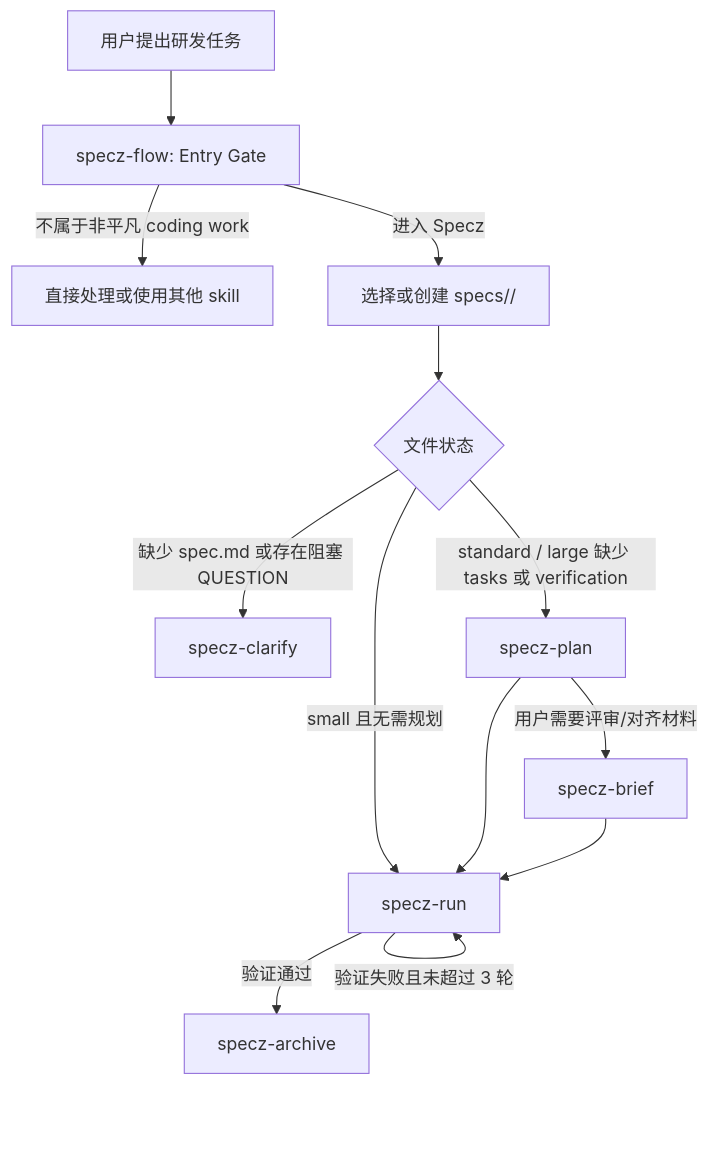
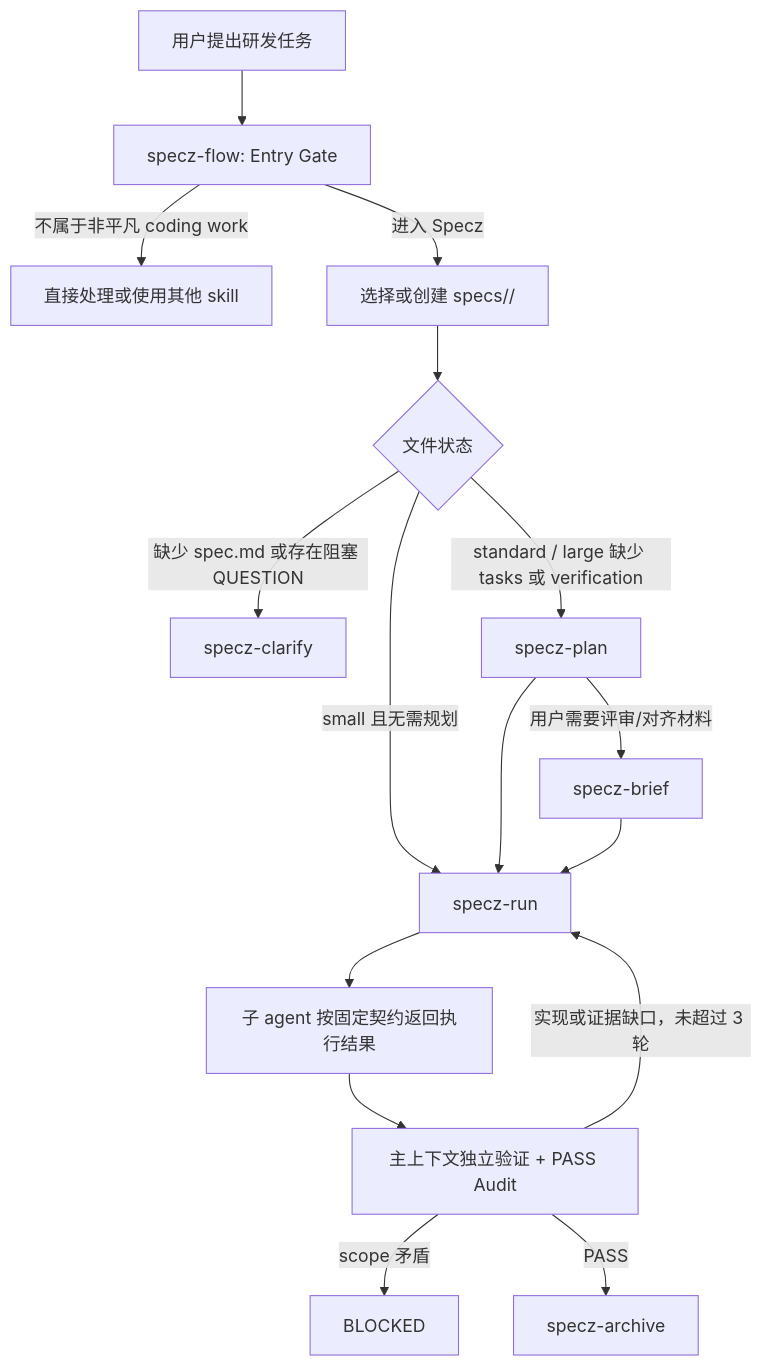
The third of 3 diagrams in specz/TECH-SHARE.md (Y2138/zz-agent-plugins), drawn with Mermaid before and after one commit. The commit also changed other lines of this file and 14 other files, not shown here.

````diff
--- a/specz/TECH-SHARE.md
+++ b/specz/TECH-SHARE.md
@@ -173,15 +130,18 @@
 ```mermaid
 flowchart TD
     A["用户提出研发任务"] --> B["specz-flow: Entry Gate"]
     B -->|不属于非平凡 coding work| C["直接处理或使用其他 skill"]
     B -->|进入 Specz| D["选择或创建 specs/<bundle>/"]
     D --> E{"文件状态"}
     E -->|缺少 spec.md 或存在阻塞 QUESTION| F["specz-clarify"]
     E -->|small 且无需规划| H["specz-run"]
     E -->|standard / large 缺少 tasks 或 verification| G["specz-plan"]
     G -->|用户需要评审/对齐材料| I["specz-brief"]
     G --> H
     I --> H
-    H -->|验证失败且未超过 3 轮| H
-    H -->|验证通过| J["specz-archive"]
+    H --> K["子 agent 按固定契约返回执行结果"]
+    K --> L["主上下文独立验证 + PASS Audit"]
+    L -->|实现或证据缺口，未超过 3 轮| H
+    L -->|scope 矛盾| M["BLOCKED"]
+    L -->|PASS| J["specz-archive"]
 ```
````
